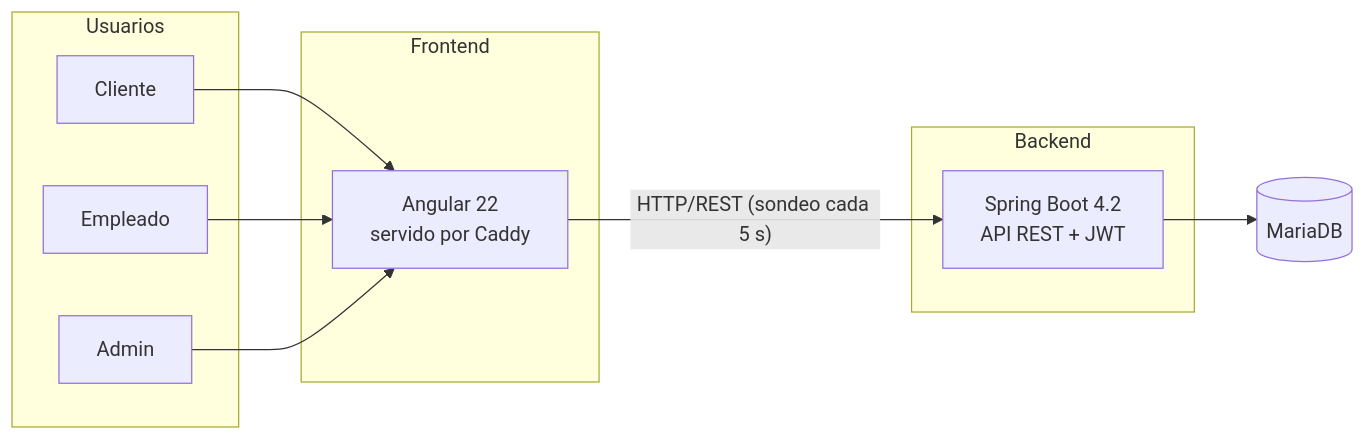
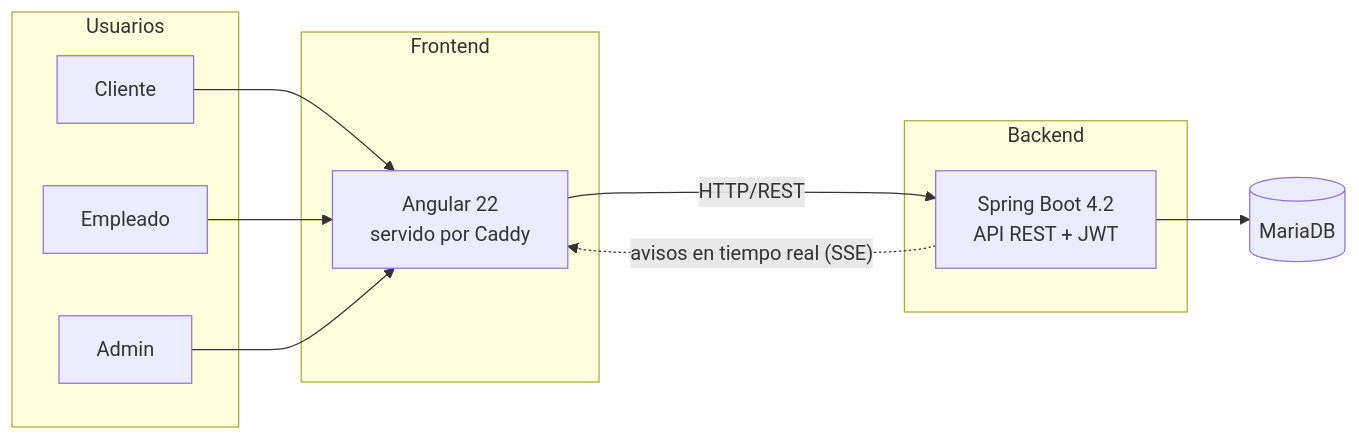
The diagram in docs/README.md (juanparejog/BarHub2.0), drawn with Mermaid before and after one commit. The commit also changed other lines of this file and 39 other files, not shown here.

Commit message:
2.1: tiempo real, aviso sonoro e imprimir comanda

````diff
--- a/docs/README.md
+++ b/docs/README.md
@@ -30,22 +30,23 @@
 ```mermaid
 flowchart LR
     subgraph Usuarios
         C[Cliente]
         E[Empleado]
         A[Admin]
     end
 
     subgraph Frontend
         F[Angular 22<br/>servido por Caddy]
     end
 
     subgraph Backend
         API[Spring Boot 4.2<br/>API REST + JWT]
     end
 
     DB[(MariaDB)]
 
     C & E & A --> F
-    F -- "HTTP/REST (sondeo cada 5 s)" --> API
+    F -- "HTTP/REST" --> API
+    API -. "avisos en tiempo real (SSE)" .-> F
     API --> DB
 ```
````
